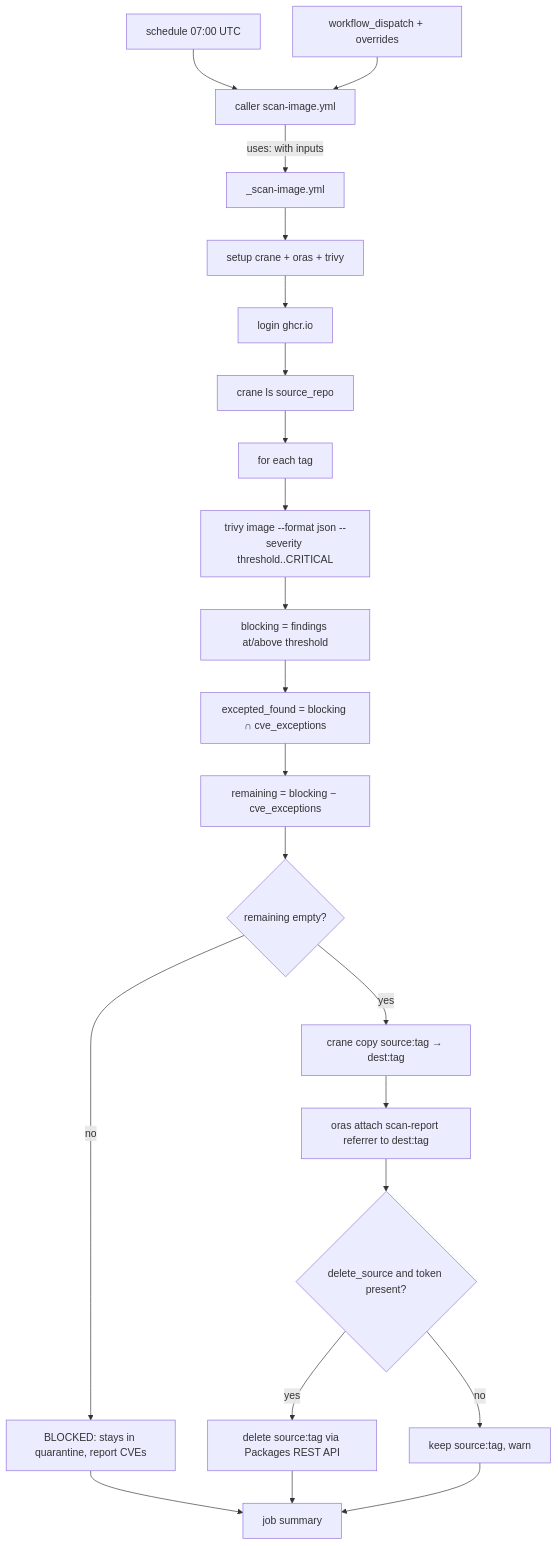
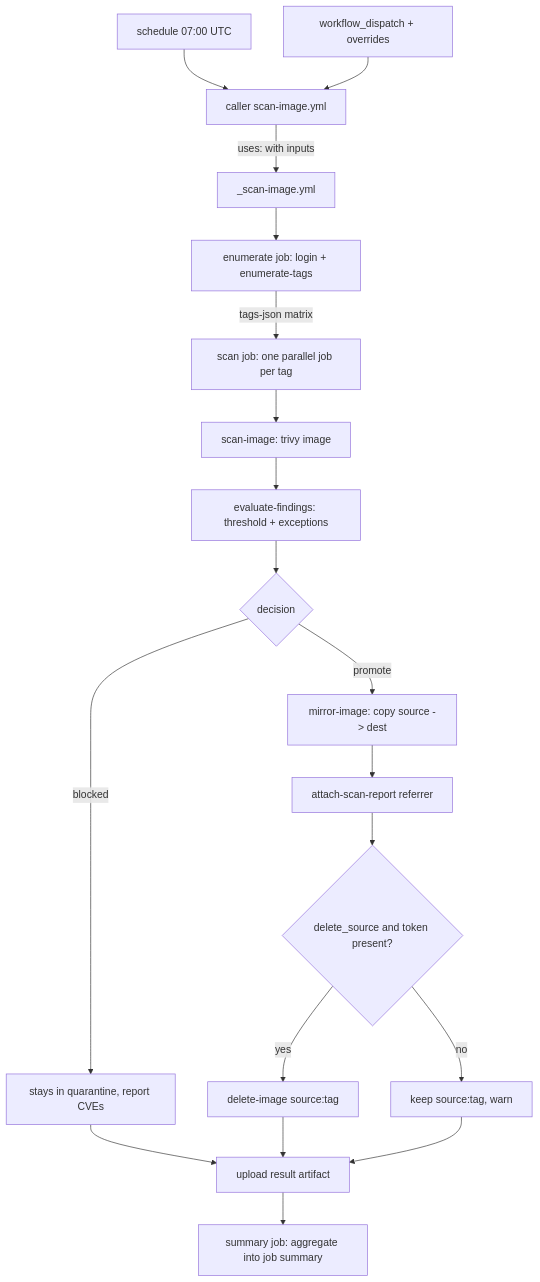
Before and after one commit to toddysm/cssc-framework: the diagram in docs/architecture/workflows/scan-and-promote-workflows.md, drawn with Mermaid. The commit also changed other lines of this file and 15 other files, not shown here.

````diff
--- a/docs/architecture/workflows/scan-and-promote-workflows.md
+++ b/docs/architecture/workflows/scan-and-promote-workflows.md
@@ -121,24 +140,21 @@
 ```mermaid
 flowchart TD
     A[schedule 07:00 UTC] --> C[caller scan-image.yml]
     B[workflow_dispatch + overrides] --> C
     C -->|uses: with inputs| D[_scan-image.yml]
-    D --> E[setup crane + oras + trivy]
-    E --> F[login ghcr.io]
-    F --> G[crane ls source_repo]
-    G --> H[for each tag]
-    H --> I[trivy image --format json --severity threshold..CRITICAL]
-    I --> J[blocking = findings at/above threshold]
-    J --> K[excepted_found = blocking ∩ cve_exceptions]
-    K --> L[remaining = blocking − cve_exceptions]
-    L --> M{remaining empty?}
-    M -->|no| N[BLOCKED: stays in quarantine, report CVEs]
-    M -->|yes| O[crane copy source:tag → dest:tag]
-    O --> P[oras attach scan-report referrer to dest:tag]
-    P --> Q{delete_source and token present?}
-    Q -->|yes| R[delete source:tag via Packages REST API]
-    Q -->|no| S[keep source:tag, warn]
-    N --> T[job summary]
-    R --> T
-    S --> T
+    D --> E[enumerate job: login + enumerate-tags]
+    E -->|tags-json matrix| F[scan job: one parallel job per tag]
+    F --> G[scan-image: trivy image]
+    G --> H[evaluate-findings: threshold + exceptions]
+    H --> I{decision}
+    I -->|blocked| J[stays in quarantine, report CVEs]
+    I -->|promote| K[mirror-image: copy source -> dest]
+    K --> L[attach-scan-report referrer]
+    L --> M{delete_source and token present?}
+    M -->|yes| N[delete-image source:tag]
+    M -->|no| O[keep source:tag, warn]
+    J --> P[upload result artifact]
+    N --> P
+    O --> P
+    P --> Q[summary job: aggregate into job summary]
 ```
````
